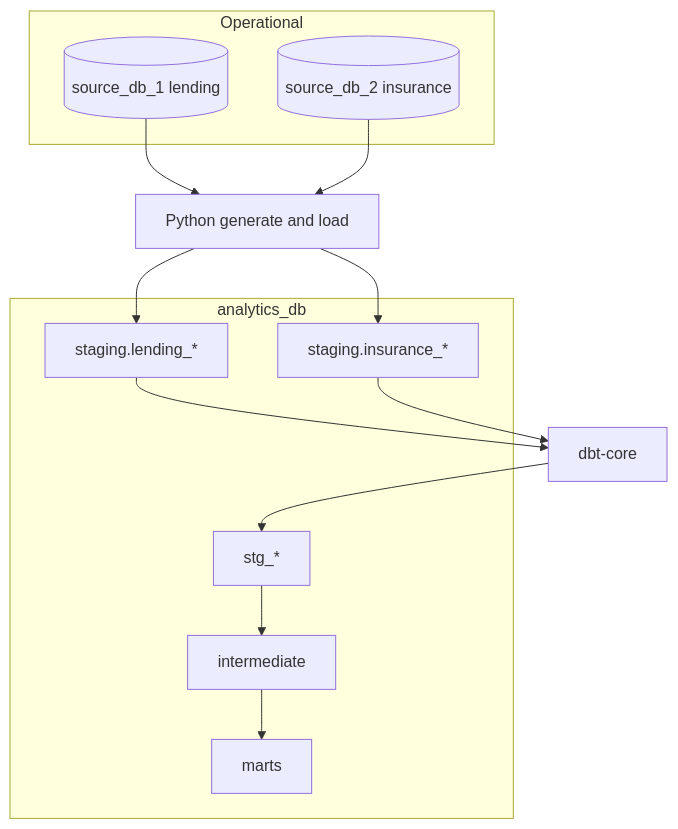
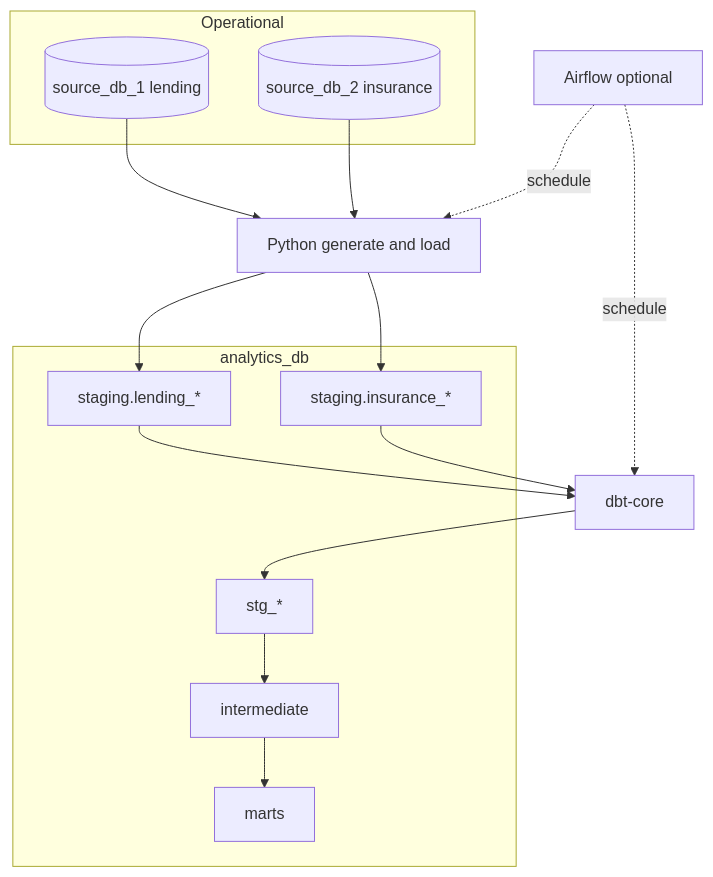
Before and after one commit to minhsphuc12/mvp-data-product: the diagram in README.md, drawn with Mermaid. The commit also changed other lines of this file and 19 other files, not shown here.

First line of the commit message:
Add Airflow demo, docker-compose stack, and dbt semantic join docs

````diff
--- a/README.md
+++ b/README.md
@@ -45,25 +48,28 @@
 ```mermaid
 flowchart TB
   subgraph ops [Operational]
     S1[(source_db_1 lending)]
     S2[(source_db_2 insurance)]
   end
   subgraph wh [analytics_db]
     LND[staging.lending_*]
     INS[staging.insurance_*]
     STG[stg_*]
     INT[intermediate]
     MRT[marts]
   end
   Py[Python generate and load]
+  AF[Airflow optional]
   DBT[dbt-core]
   S1 --> Py
   S2 --> Py
+  AF -.->|schedule| Py
+  AF -.->|schedule| DBT
   Py --> LND
   Py --> INS
   LND --> DBT
   INS --> DBT
   DBT --> STG
   STG --> INT
   INT --> MRT
 ```
````
